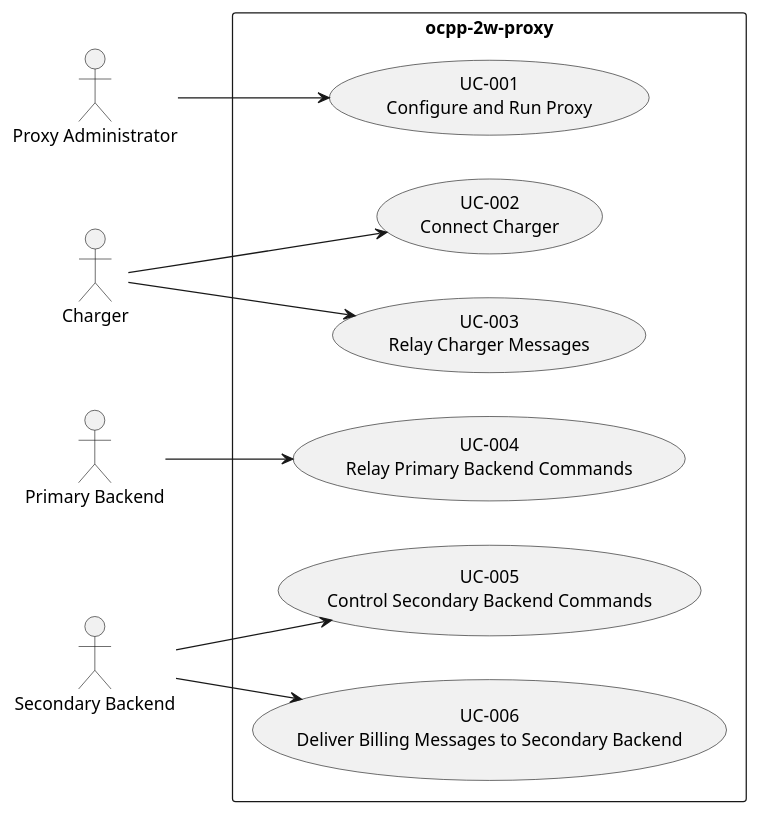
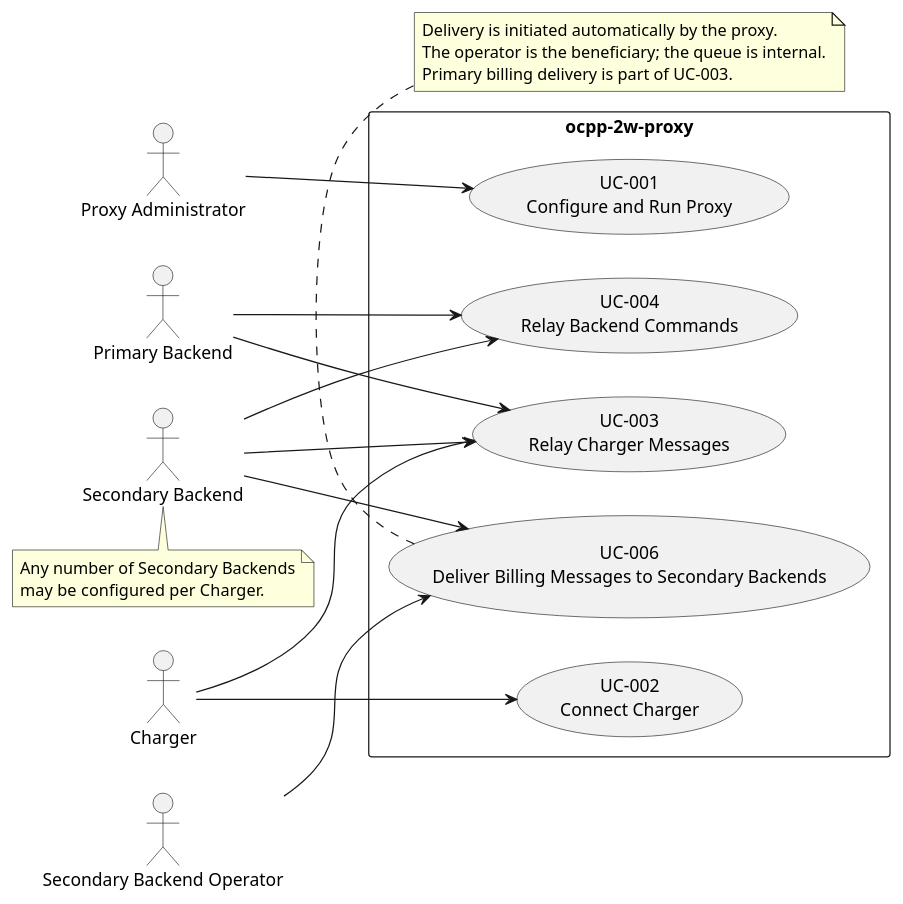
The diagram in docs/use_cases.puml (auricgoldfinger/ocpp-2w-proxy), drawn with PlantUML before and after one commit. The commit also changed 17 other files, not shown here.

First line of the commit message:
Refactor use cases and documentation for backend command relaying and billing message delivery

```diff
--- a/docs/use_cases.puml
+++ b/docs/use_cases.puml
@@ -1,25 +1,41 @@
 @startuml Use Cases Overview
 left to right direction
 
 actor "Proxy Administrator" as admin
 actor "Charger" as charger
 actor "Primary Backend" as primary
 actor "Secondary Backend" as secondary
+actor "Secondary Backend Operator" as secondary_operator
 
 rectangle "ocpp-2w-proxy" {
     usecase "UC-001\nConfigure and Run Proxy" as UC001
     usecase "UC-002\nConnect Charger" as UC002
     usecase "UC-003\nRelay Charger Messages" as UC003
-    usecase "UC-004\nRelay Primary Backend Commands" as UC004
-    usecase "UC-005\nControl Secondary Backend Commands" as UC005
-    usecase "UC-006\nDeliver Billing Messages to Secondary Backend" as UC006
+    usecase "UC-004\nRelay Backend Commands" as UC004
+    usecase "UC-006\nDeliver Billing Messages to Secondary Backends" as UC006
 }
+
+note bottom of secondary
+  Any number of Secondary Backends
+  may be configured per Charger.
+end note
 
 admin --> UC001
 charger --> UC002
 charger --> UC003
+primary --> UC003
+secondary --> UC003
 primary --> UC004
-secondary --> UC005
+secondary --> UC004
 secondary --> UC006
+secondary_operator --> UC006
+
+note bottom of UC006
+  Delivery is initiated automatically by the proxy.
+  The operator is the beneficiary; the queue is internal.
+  Primary billing delivery is part of UC-003.
+end note
+
+' UC-005 "Control Secondary Backend Commands" is obsolete, superseded by UC-004.
 
 @enduml
```
